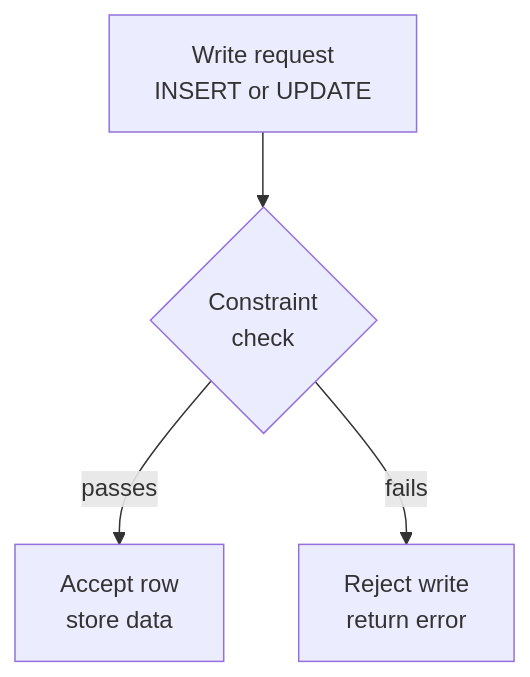
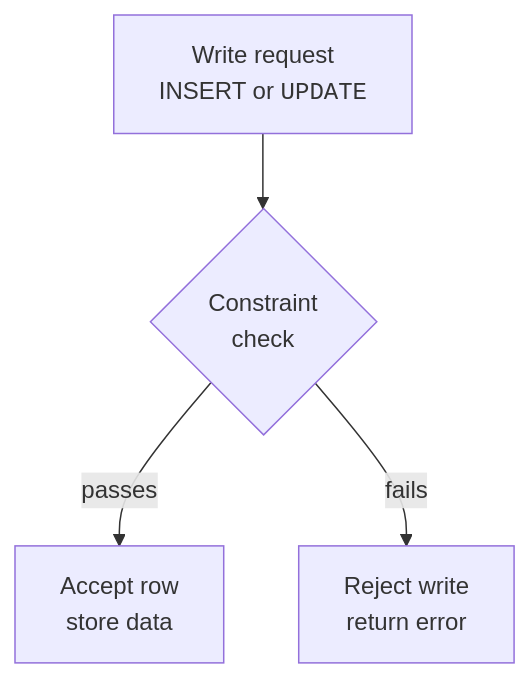
The first of 3 diagrams in content/courses/database-design-postgresql/what-are-constraints.mdx (dataslope/dataslope), drawn with Mermaid before and after one commit. The commit also changed 52 other files, not shown here.

First line of the commit message:
Set SQL keywords in mermaid labels as code, and 10 more breakdowns

````diff
--- a/content/courses/database-design-postgresql/what-are-constraints.mdx
+++ b/content/courses/database-design-postgresql/what-are-constraints.mdx
@@ -27,6 +27,6 @@
 ```mermaid
 flowchart TD
-    W["Write request<br/>INSERT or UPDATE"] --> C{"Constraint<br/>check"}
+    W["Write request<br/>INSERT or <code>UPDATE</code>"] --> C{"Constraint<br/>check"}
     C -->|passes| A["Accept row<br/>store data"]
     C -->|fails| R["Reject write<br/>return error"]
 ```
````
